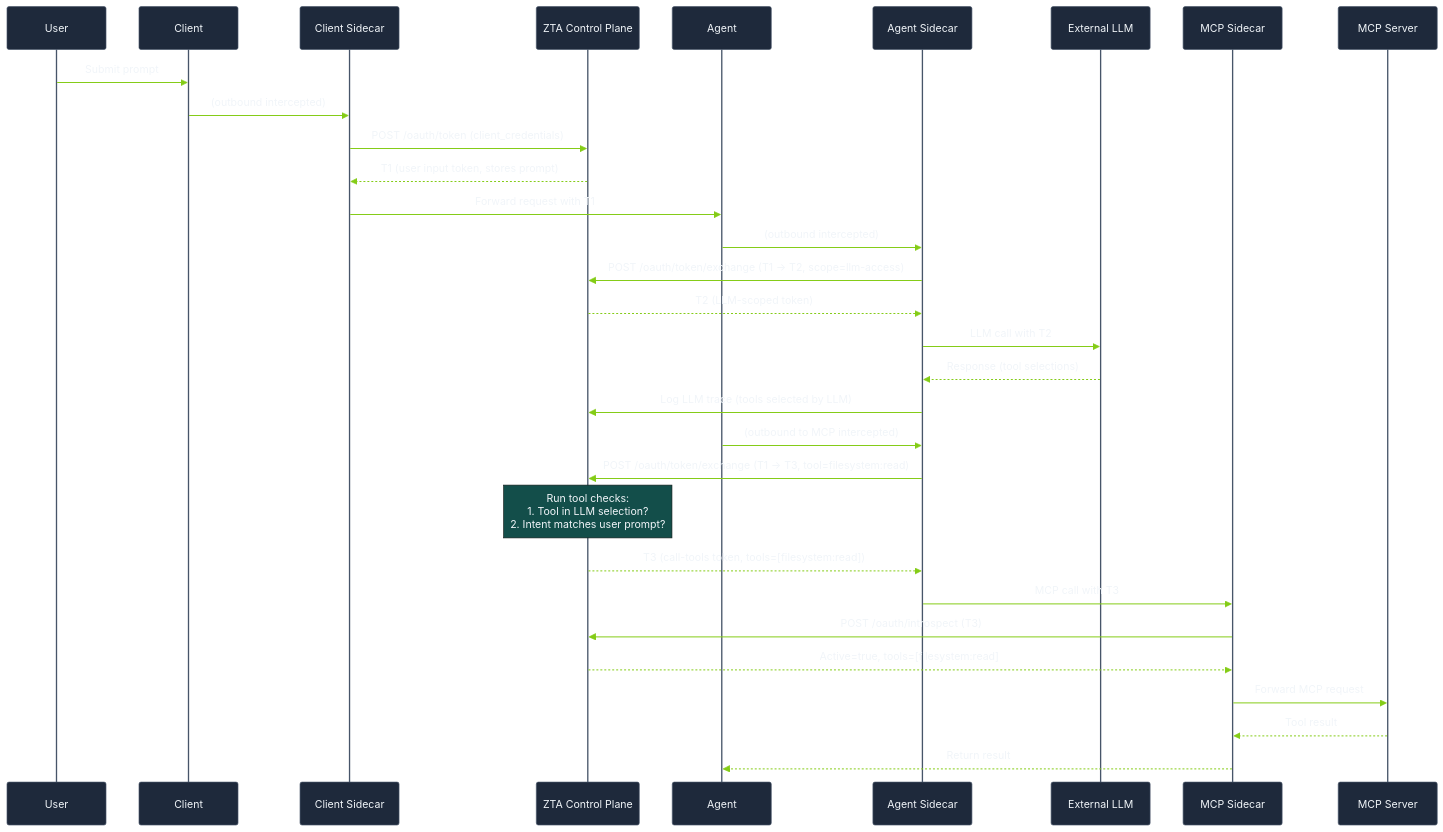
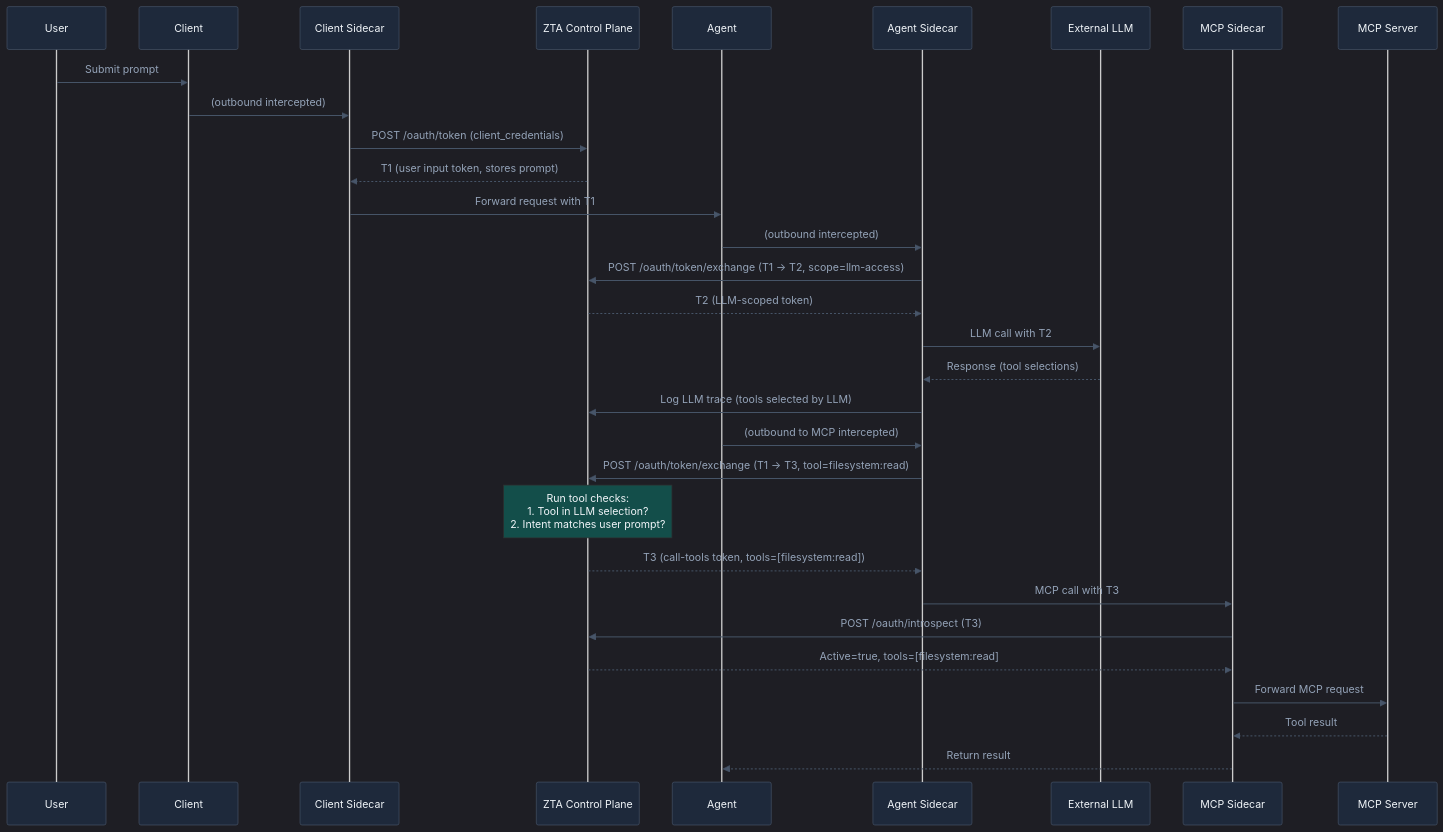
The diagram in docs/ui/docs/concepts/token-flow.md (outshift-open/CASA), drawn with Mermaid before and after one commit. The commit also changed 6 other files, not shown here.

````diff
--- a/docs/ui/docs/concepts/token-flow.md
+++ b/docs/ui/docs/concepts/token-flow.md
@@ -23,38 +23,38 @@
 ```mermaid
-%%{init: {'theme': 'base', 'themeVariables': {'primaryColor': '#1e293b', 'primaryTextColor': '#f1f5f9', 'primaryBorderColor': '#475569', 'lineColor': '#64748b', 'background': '#0a0f1e', 'secondaryColor': '#134e4a', 'tertiaryColor': '#1a2e05', 'noteBkgColor': '#134e4a', 'noteTextColor': '#f1f5f9', 'activationBkgColor': '#1a2e05', 'activationBorderColor': '#84cc16', 'actorBkg': '#1e293b', 'actorBorder': '#475569', 'actorTextColor': '#f1f5f9', 'signalColor': '#84cc16', 'signalTextColor': '#f1f5f9'}}}%%
+%%{init: {'theme': 'dark', 'themeVariables': {'background': '#0f172a', 'actorBkg': '#1e293b', 'actorBorder': '#475569', 'actorTextColor': '#f1f5f9', 'noteBkgColor': '#134e4a', 'noteTextColor': '#f1f5f9', 'activationBkgColor': '#1a2e05', 'activationBorderColor': '#84cc16', 'signalColor': '#475569', 'signalTextColor': '#94a3b8'}}}%%
 sequenceDiagram
     participant User
     participant Client
     participant ClientSidecar as Client Sidecar
     participant ZTA as ZTA Control Plane
     participant Agent
     participant AgentSidecar as Agent Sidecar
     participant LLM as External LLM
     participant MCPSidecar as MCP Sidecar
     participant MCP as MCP Server
 
     User->>Client: Submit prompt
     Client->>ClientSidecar: (outbound intercepted)
     ClientSidecar->>ZTA: POST /oauth/token (client_credentials)
     ZTA-->>ClientSidecar: T1 (user input token, stores prompt)
     ClientSidecar->>Agent: Forward request with T1
 
     Agent->>AgentSidecar: (outbound intercepted)
     AgentSidecar->>ZTA: POST /oauth/token/exchange (T1 → T2, scope=llm-access)
     ZTA-->>AgentSidecar: T2 (LLM-scoped token)
     AgentSidecar->>LLM: LLM call with T2
     LLM-->>AgentSidecar: Response (tool selections)
     AgentSidecar->>ZTA: Log LLM trace (tools selected by LLM)
 
     Agent->>AgentSidecar: (outbound to MCP intercepted)
     AgentSidecar->>ZTA: POST /oauth/token/exchange (T1 → T3, tool=filesystem:read)
     Note over ZTA: Run tool checks:<br/>1. Tool in LLM selection?<br/>2. Intent matches user prompt?
     ZTA-->>AgentSidecar: T3 (call-tools token, tools=[filesystem:read])
 
     AgentSidecar->>MCPSidecar: MCP call with T3
     MCPSidecar->>ZTA: POST /oauth/introspect (T3)
     ZTA-->>MCPSidecar: Active=true, tools=[filesystem:read]
     MCPSidecar->>MCP: Forward MCP request
     MCP-->>MCPSidecar: Tool result
     MCPSidecar-->>Agent: Return result
 ```
````
